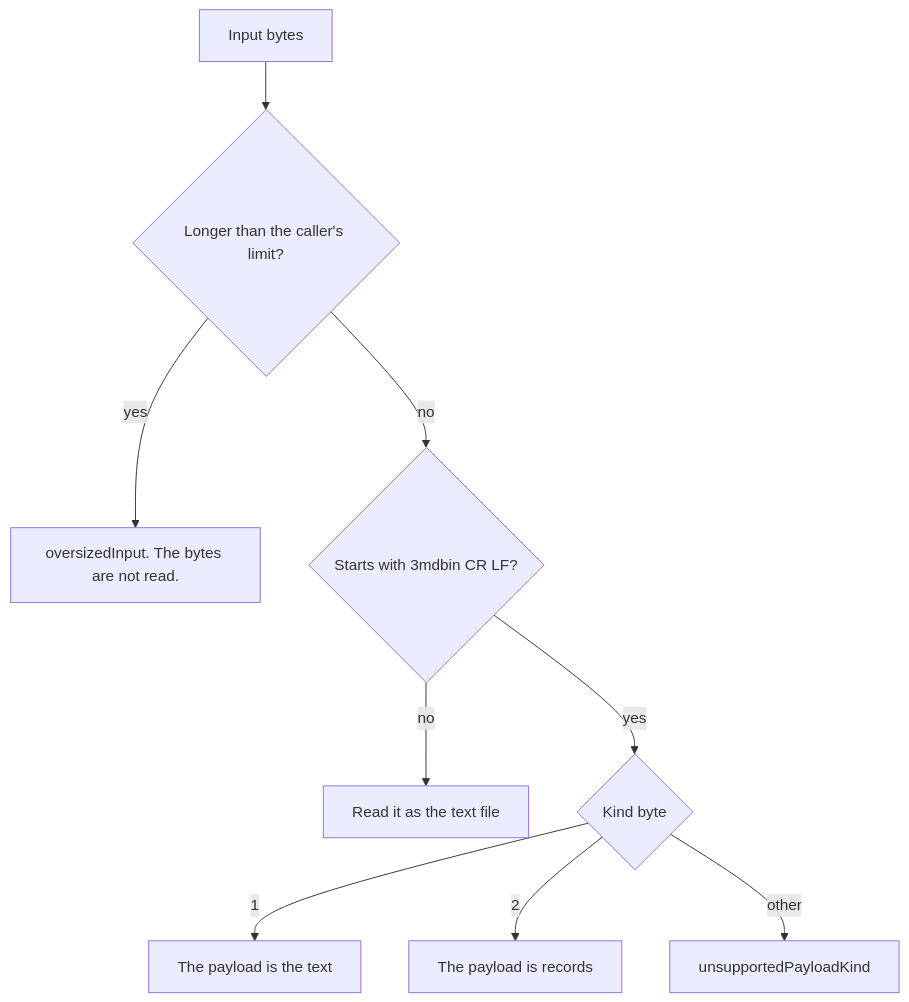
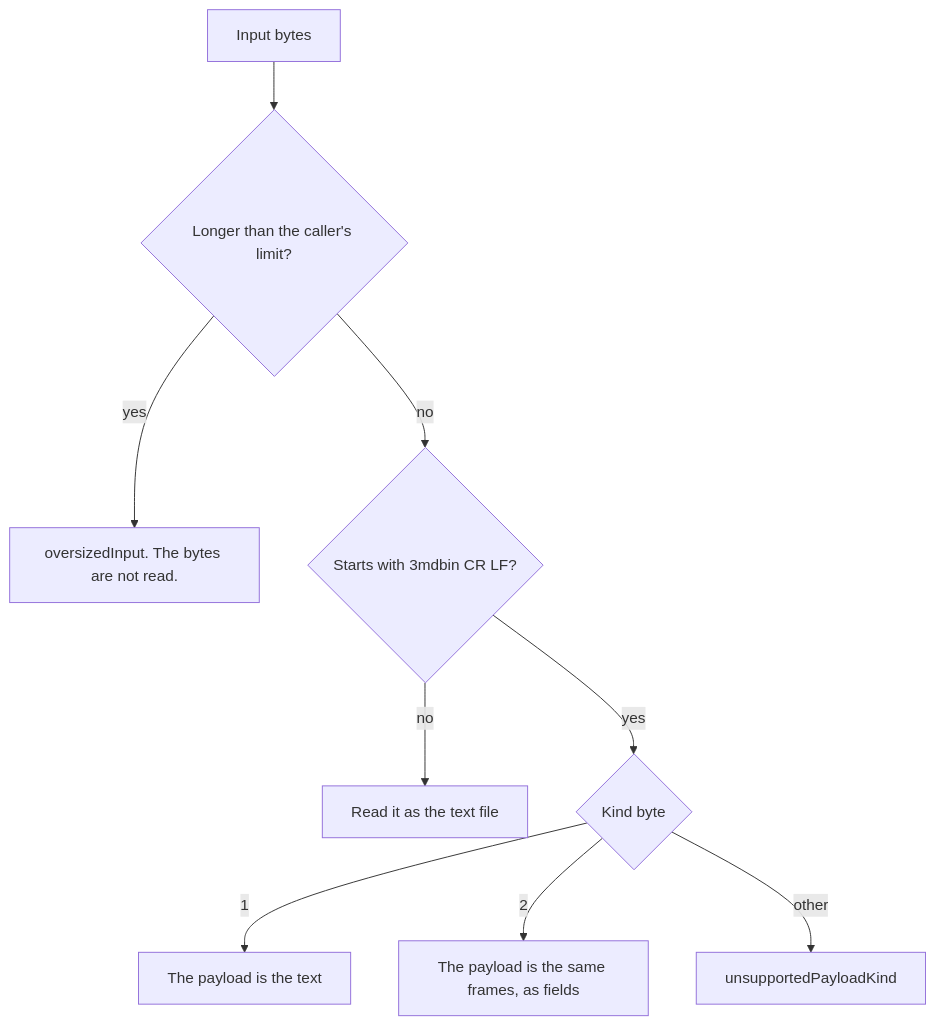
One commit to CorvidLabs/3md changed the second of 2 diagrams in README.md. Above: the diagram before and after it, drawn with Mermaid. The commit also changed other lines of this file and 6 other files, not shown here.

````diff
--- a/README.md
+++ b/README.md
@@ -142,11 +139,11 @@
 ```mermaid
 flowchart TD
   bytes[Input bytes] --> length{Longer than the caller's limit?}
   length -->|yes| refused["oversizedInput. The bytes are not read."]
   length -->|no| magic{Starts with 3mdbin CR LF?}
   magic -->|no| asText[Read it as the text file]
   magic -->|yes| kind{Kind byte}
   kind -->|1| asKind1[The payload is the text]
-  kind -->|2| asKind2[The payload is records]
+  kind -->|2| asKind2[The payload is the same frames, as fields]
   kind -->|other| bad[unsupportedPayloadKind]
 ```
````
